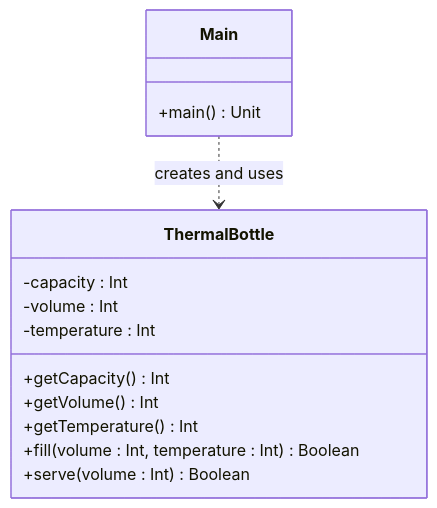
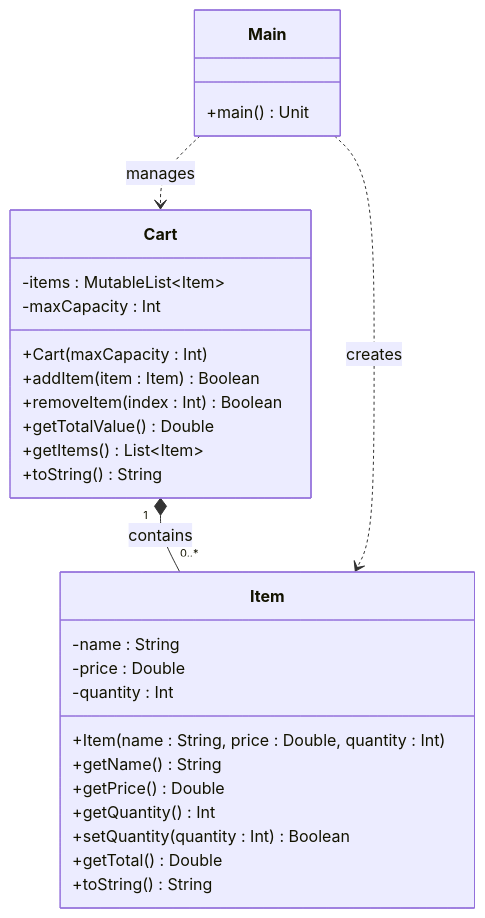
One commit to marquinvitor/Forja changed the diagram in output/Questão-03/README.md. Above: the diagram before and after it, drawn with Mermaid. The commit also changed other lines of this file and 23 other files, not shown here.

````diff
--- a/output/Questão-03/README.md
+++ b/output/Questão-03/README.md
@@ -56,22 +44,37 @@
 ```mermaid
 %%{init: { "fontFamily": "monospace" } }%%
 classDiagram
     direction TB
 
-    class ThermalBottle {
-        -capacity : Int
-        -volume : Int
-        -temperature : Int
-        +getCapacity() Int
-        +getVolume() Int
-        +getTemperature() Int
-        +fill(volume : Int, temperature : Int) Boolean
-        +serve(volume : Int) Boolean
+    class Item {
+        -name : String
+        -price : Double
+        -quantity : Int
+        +Item(name : String, price : Double, quantity : Int)
+        +getName() String
+        +getPrice() Double
+        +getQuantity() Int
+        +setQuantity(quantity : Int) Boolean
+        +getTotal() Double
+        +toString() String
+    }
+
+    class Cart {
+        -items : MutableList~Item~
+        -maxCapacity : Int
+        +Cart(maxCapacity : Int)
+        +addItem(item : Item) Boolean
+        +removeItem(index : Int) Boolean
+        +getTotalValue() Double
+        +getItems() List~Item~
+        +toString() String
     }
 
     class Main {
         +main() Unit
     }
 
-    Main ..> ThermalBottle : creates and uses
+    Cart "1" *-- "0..*" Item : contains
+    Main ..> Cart : manages
+    Main ..> Item : creates
 ```
````
